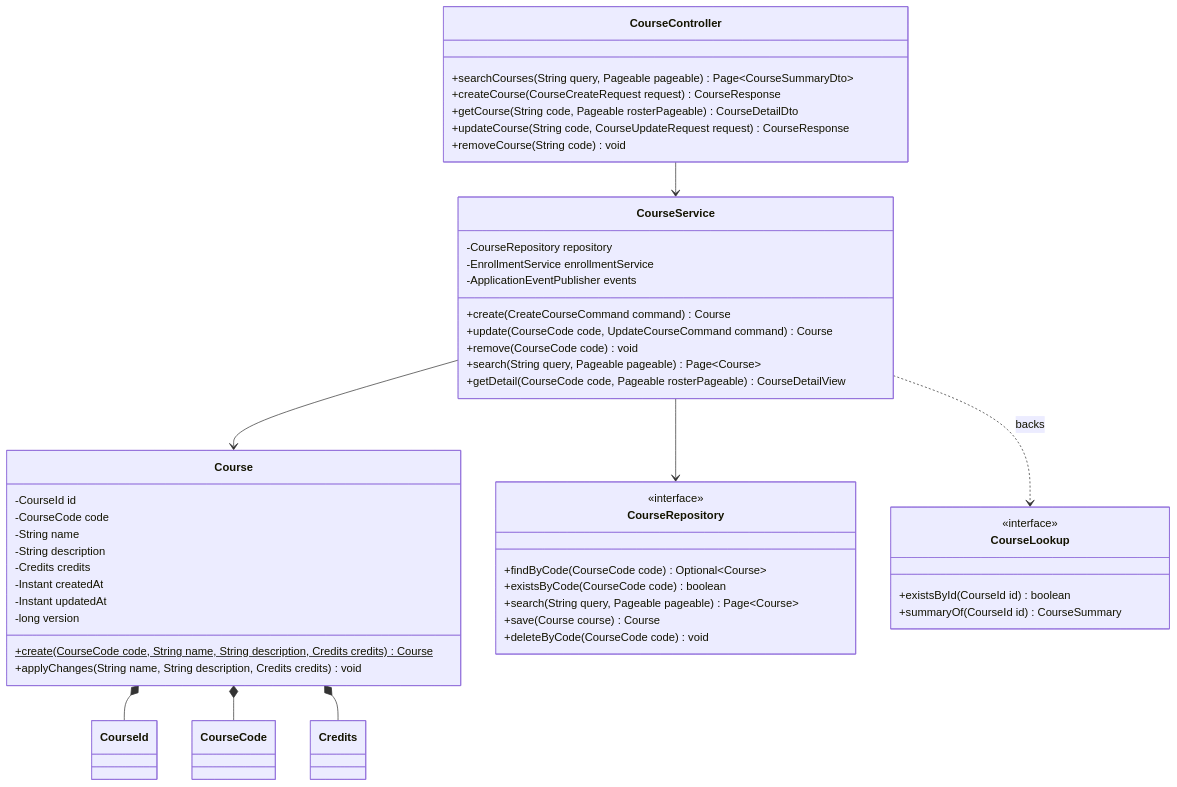
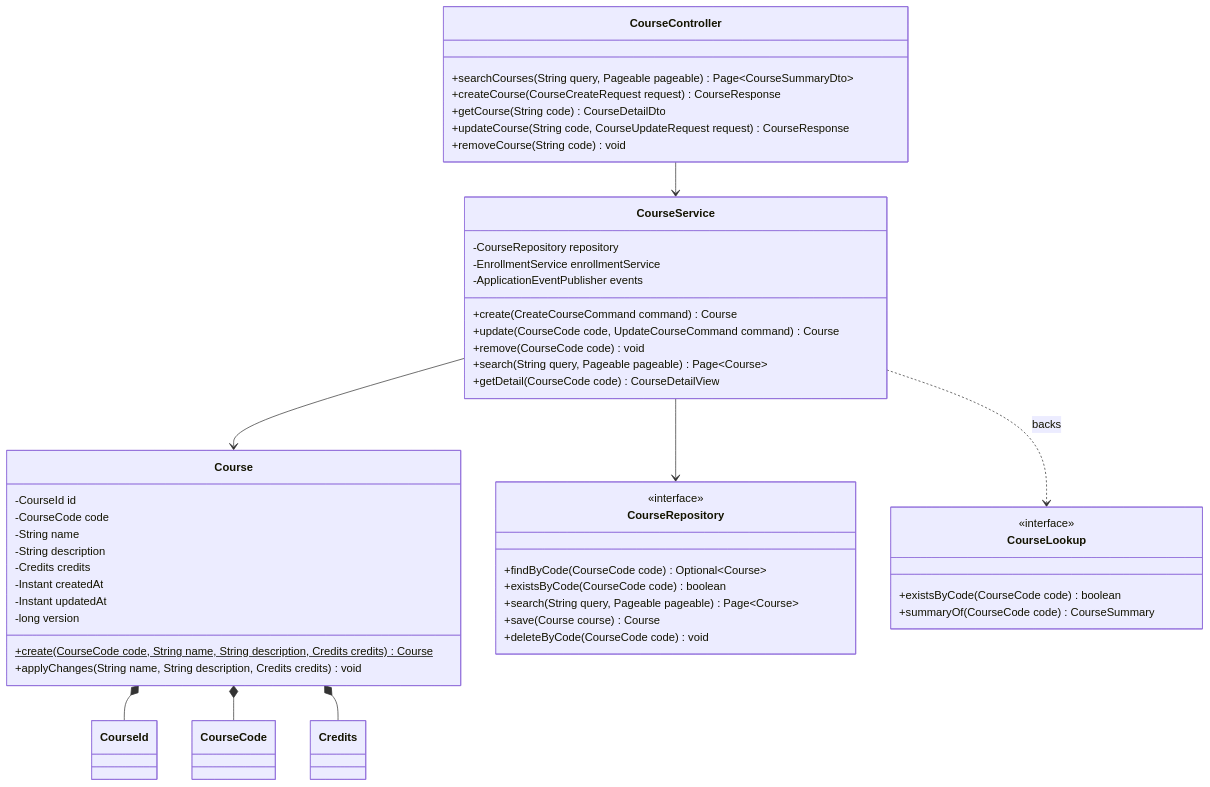
The third of 6 diagrams in docs/SA-docs/06-low-level-design.md (phuchoang2005/Student-Management-System), drawn with Mermaid before and after one commit. The commit also changed other lines of this file and 241 other files, not shown here.

````diff
--- a/docs/SA-docs/06-low-level-design.md
+++ b/docs/SA-docs/06-low-level-design.md
@@ -326,52 +347,52 @@
 ```mermaid
 classDiagram
     class CourseController {
         +searchCourses(String query, Pageable pageable) Page~CourseSummaryDto~
         +createCourse(CourseCreateRequest request) CourseResponse
-        +getCourse(String code, Pageable rosterPageable) CourseDetailDto
+        +getCourse(String code) CourseDetailDto
         +updateCourse(String code, CourseUpdateRequest request) CourseResponse
         +removeCourse(String code) void
     }
     class CourseService {
         -CourseRepository repository
         -EnrollmentService enrollmentService
         -ApplicationEventPublisher events
         +create(CreateCourseCommand command) Course
         +update(CourseCode code, UpdateCourseCommand command) Course
         +remove(CourseCode code) void
         +search(String query, Pageable pageable) Page~Course~
-        +getDetail(CourseCode code, Pageable rosterPageable) CourseDetailView
+        +getDetail(CourseCode code) CourseDetailView
     }
     class Course {
         -CourseId id
         -CourseCode code
         -String name
         -String description
         -Credits credits
         -Instant createdAt
         -Instant updatedAt
         -long version
         +create(CourseCode code, String name, String description, Credits credits)$ Course
         +applyChanges(String name, String description, Credits credits) void
     }
     class CourseRepository {
         <<interface>>
         +findByCode(CourseCode code) Optional~Course~
         +existsByCode(CourseCode code) boolean
         +search(String query, Pageable pageable) Page~Course~
         +save(Course course) Course
         +deleteByCode(CourseCode code) void
     }
     class CourseLookup {
         <<interface>>
-        +existsById(CourseId id) boolean
-        +summaryOf(CourseId id) CourseSummary
+        +existsByCode(CourseCode code) boolean
+        +summaryOf(CourseCode code) CourseSummary
     }
     CourseController --> CourseService
     CourseService --> Course
     CourseService --> CourseRepository
     CourseService ..> CourseLookup : backs
     Course *-- CourseId
     Course *-- CourseCode
     Course *-- Credits
 ```
````
